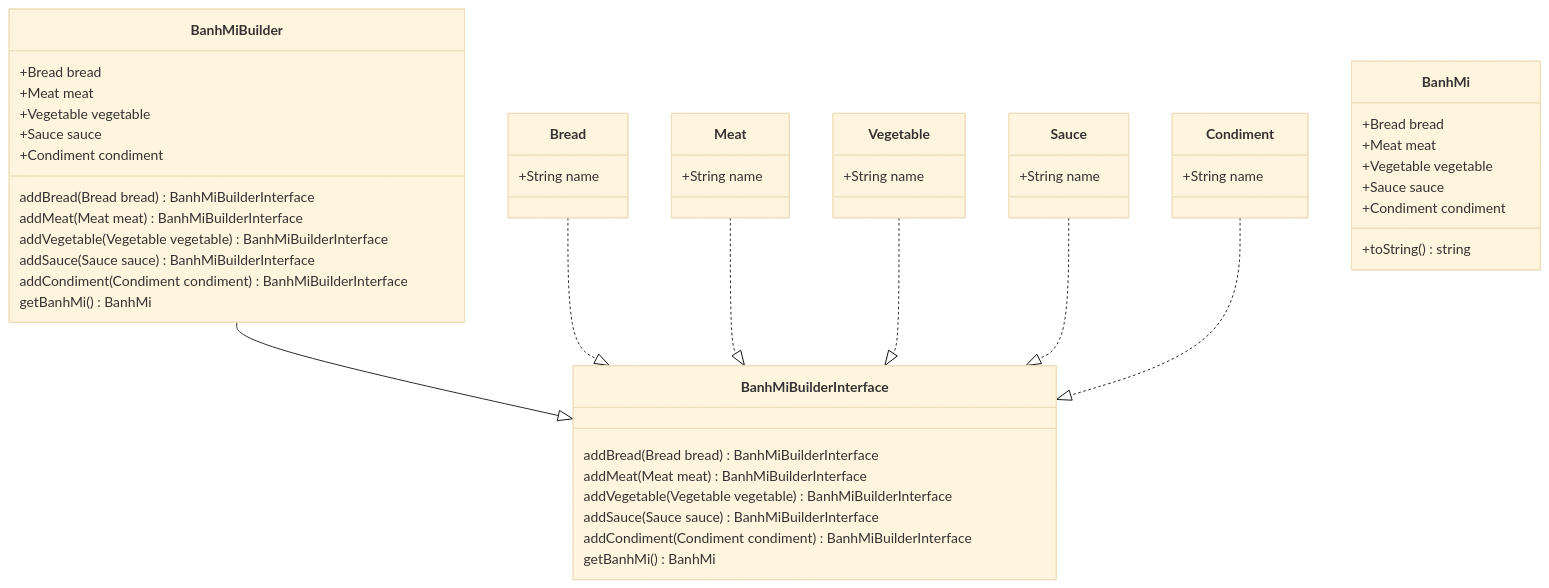
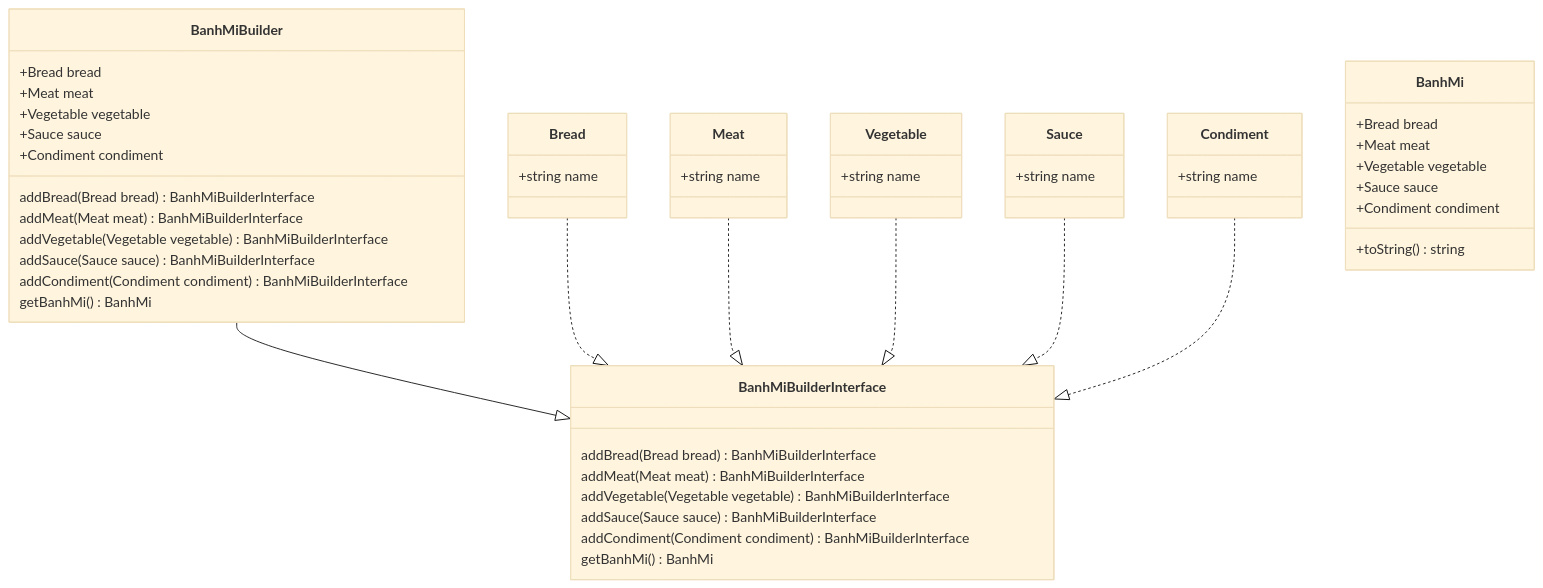
Before and after one commit to ngtrdai/example-builder-design-pattern: the diagram in README.md, drawn with Mermaid (base theme).

Commit message:
Edit readme file

````diff
--- a/README.md
+++ b/README.md
@@ -6,63 +6,63 @@
 ```mermaid
 classDiagram
     BanhMiBuilder --|> BanhMiBuilderInterface
     Bread ..|> BanhMiBuilderInterface
     Meat ..|> BanhMiBuilderInterface
     Vegetable ..|> BanhMiBuilderInterface
     Sauce ..|> BanhMiBuilderInterface
     Condiment ..|> BanhMiBuilderInterface
 
     class BanhMi {
         +Bread bread
         +Meat meat
         +Vegetable vegetable
         +Sauce sauce
         +Condiment condiment
 
         +toString() string
     }
 
     class BanhMiBuilderInterface {
         addBread(Bread bread) BanhMiBuilderInterface
         addMeat(Meat meat) BanhMiBuilderInterface
         addVegetable(Vegetable vegetable) BanhMiBuilderInterface
         addSauce(Sauce sauce) BanhMiBuilderInterface
         addCondiment(Condiment condiment) BanhMiBuilderInterface
         getBanhMi() BanhMi
     }
 
     class BanhMiBuilder {
         +Bread bread
         +Meat meat
         +Vegetable vegetable
         +Sauce sauce
         +Condiment condiment
 
         addBread(Bread bread) BanhMiBuilderInterface
         addMeat(Meat meat) BanhMiBuilderInterface
         addVegetable(Vegetable vegetable) BanhMiBuilderInterface
         addSauce(Sauce sauce) BanhMiBuilderInterface
         addCondiment(Condiment condiment) BanhMiBuilderInterface
         getBanhMi() BanhMi
     }
 
     class Bread {
-        +String name
+        +string name
     }
 
     class Meat {
-        +String name
+        +string name
     }
 
     class Vegetable {
-        +String name
+        +string name
     }
 
     class Sauce {
-        +String name
+        +string name
     }
 
     class Condiment {
-        +String name
+        +string name
     }
 ```
````
